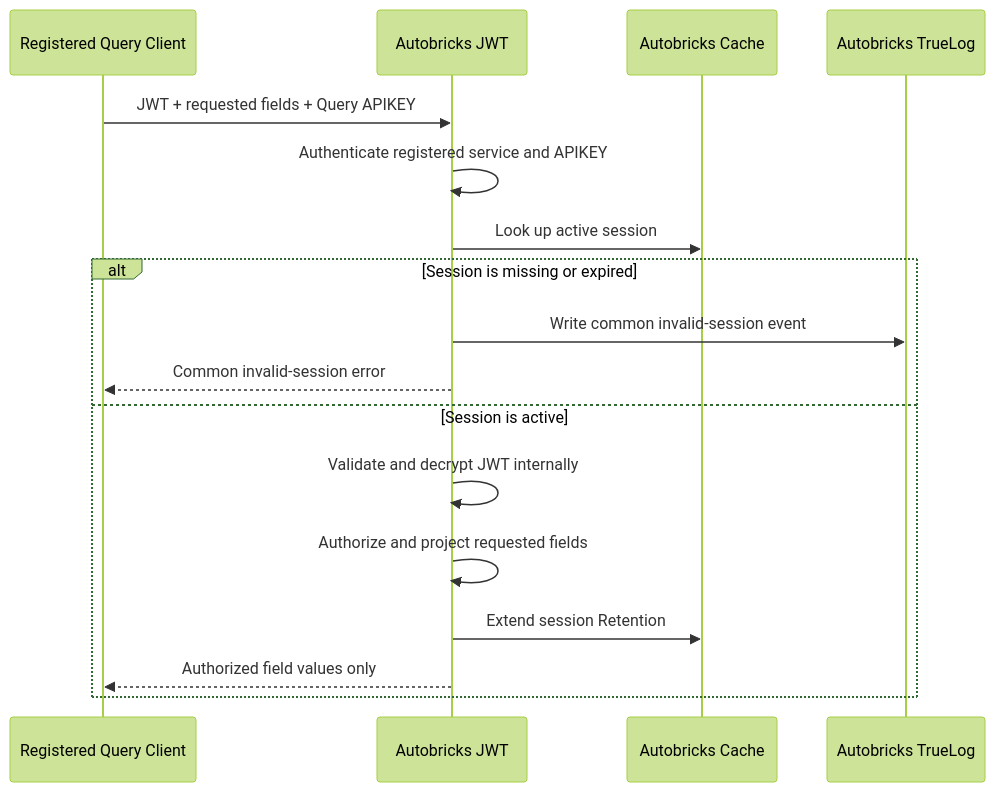
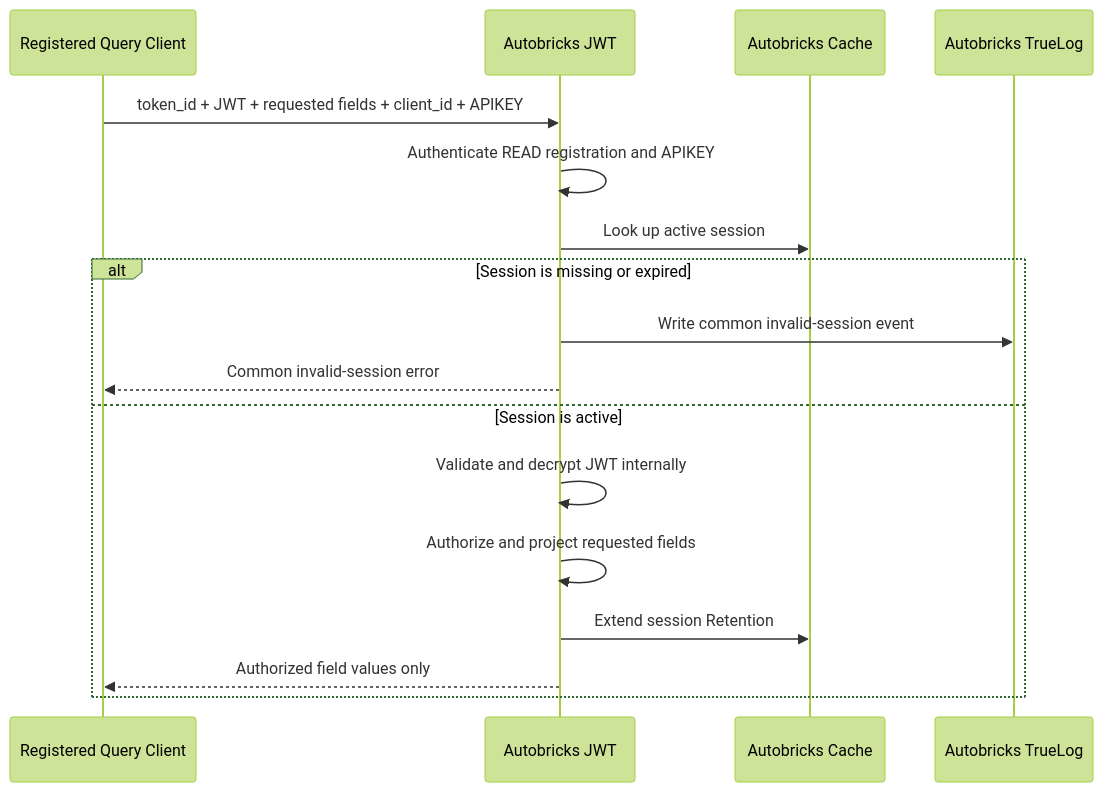
The third of 3 diagrams in ARCHITECTURE.md (pregene/autobricks-jwt), drawn with Mermaid (forest theme) before and after one commit. The commit also changed other lines of this file and 12 other files, not shown here.

````diff
--- a/ARCHITECTURE.md
+++ b/ARCHITECTURE.md
@@ -543,20 +545,20 @@
 ```mermaid
 sequenceDiagram
     participant X as Registered Query Client
     participant J as Autobricks JWT
     participant C as Autobricks Cache
     participant T as Autobricks TrueLog
 
-    X->>J: JWT + requested fields + Query APIKEY
-    J->>J: Authenticate registered service and APIKEY
+    X->>J: token_id + JWT + requested fields + client_id + APIKEY
+    J->>J: Authenticate READ registration and APIKEY
     J->>C: Look up active session
     alt Session is missing or expired
         J->>T: Write common invalid-session event
         J-->>X: Common invalid-session error
     else Session is active
         J->>J: Validate and decrypt JWT internally
         J->>J: Authorize and project requested fields
         J->>C: Extend session Retention
         J-->>X: Authorized field values only
     end
 ```
````
